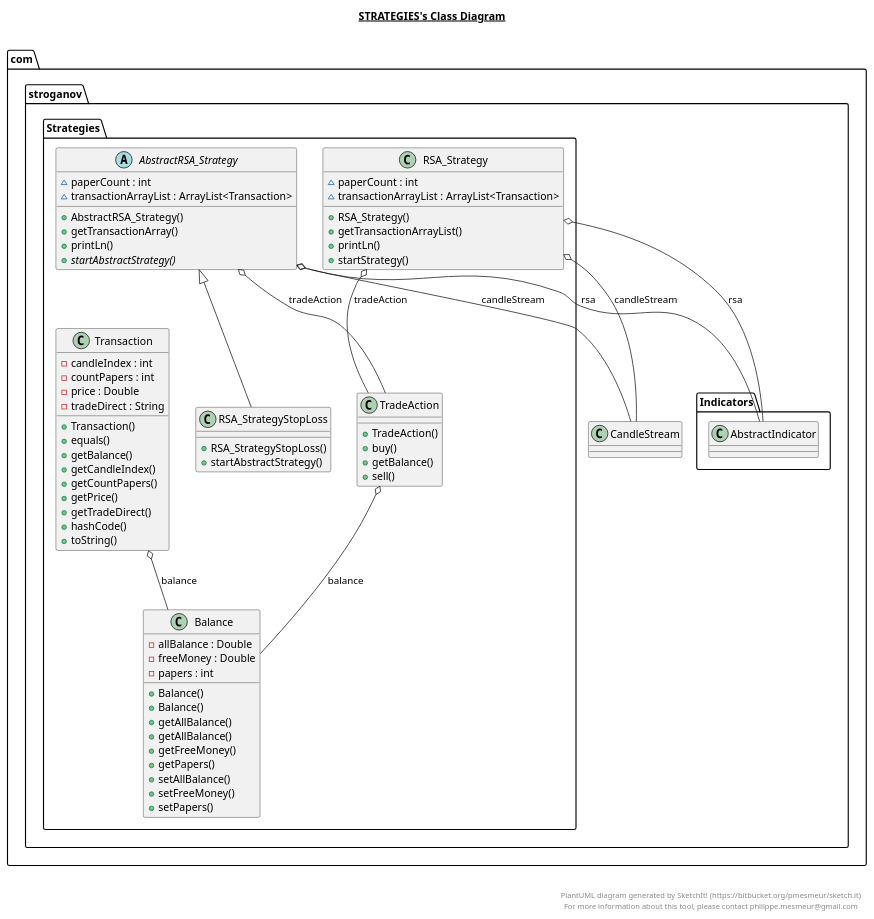
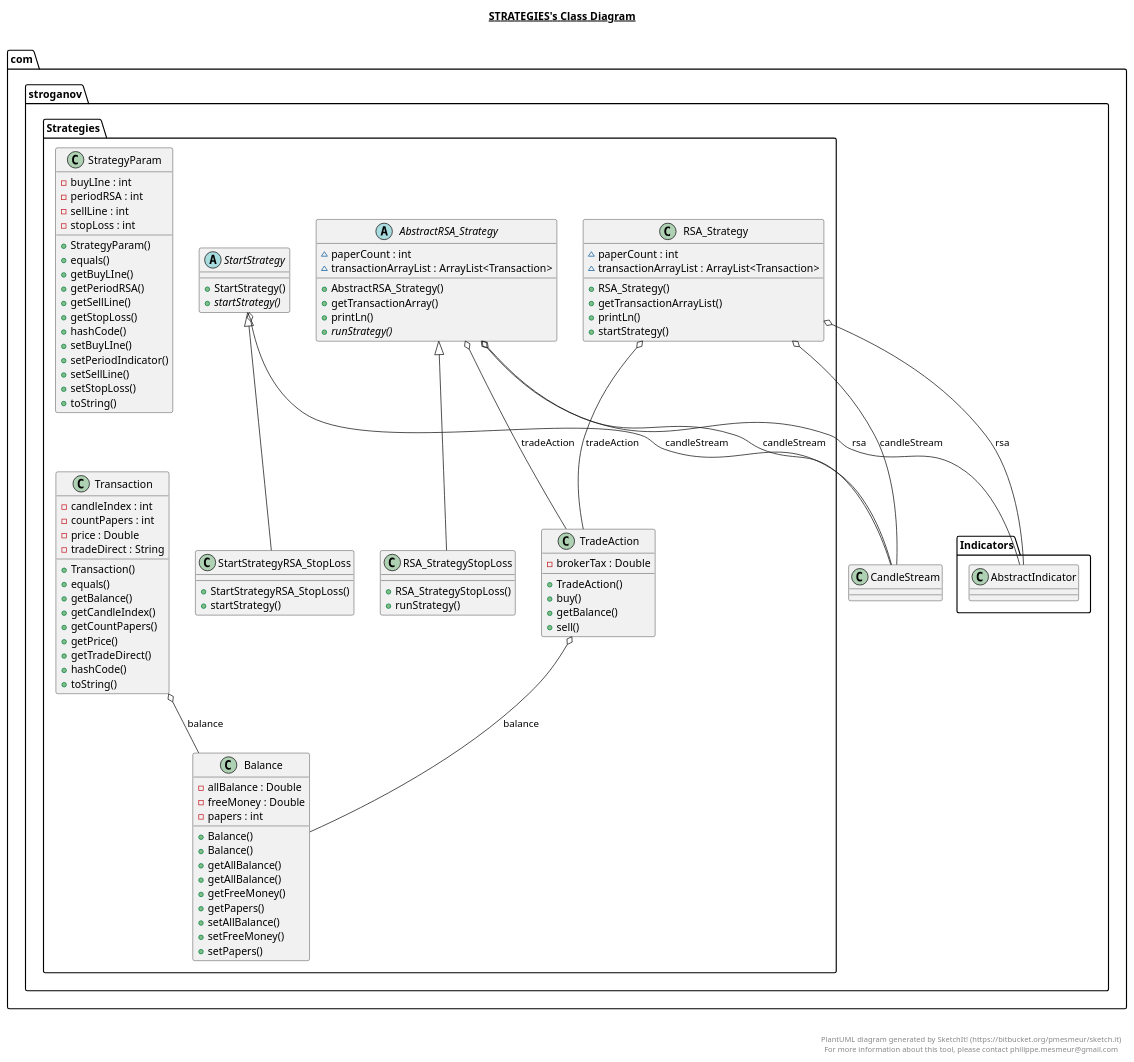
The diagram in src/main/java/com/stroganov/Strategies/Strategies.plantuml (SergeyStroganoff/TradeRobot), drawn with PlantUML before and after one commit. The commit also changed 10 other files, not shown here.

```diff
--- a/src/main/java/com/stroganov/Strategies/Strategies.plantuml
+++ b/src/main/java/com/stroganov/Strategies/Strategies.plantuml
@@ -1,114 +1,161 @@
 @startuml
 
 title __STRATEGIES's Class Diagram__\n
 
   namespace com.stroganov {
     namespace Strategies {
       abstract class com.stroganov.Strategies.AbstractRSA_Strategy {
           ~ paperCount : int
           ~ transactionArrayList : ArrayList<Transaction>
           + AbstractRSA_Strategy()
           + getTransactionArray()
           + printLn()
-          {abstract} + startAbstractStrategy()
+          {abstract} + runStrategy()
       }
     }
   }
   
 
   namespace com.stroganov {
     namespace Strategies {
       class com.stroganov.Strategies.Balance {
           - allBalance : Double
           - freeMoney : Double
           - papers : int
           + Balance()
           + Balance()
           + getAllBalance()
           + getAllBalance()
           + getFreeMoney()
           + getPapers()
           + setAllBalance()
           + setFreeMoney()
           + setPapers()
       }
     }
   }
   
 
   namespace com.stroganov {
     namespace Strategies {
       class com.stroganov.Strategies.RSA_Strategy {
           ~ paperCount : int
           ~ transactionArrayList : ArrayList<Transaction>
           + RSA_Strategy()
           + getTransactionArrayList()
           + printLn()
           + startStrategy()
       }
     }
   }
   
 
   namespace com.stroganov {
     namespace Strategies {
       class com.stroganov.Strategies.RSA_StrategyStopLoss {
           + RSA_StrategyStopLoss()
-          + startAbstractStrategy()
+          + runStrategy()
+      }
+    }
+  }
+  
+
+  namespace com.stroganov {
+    namespace Strategies {
+      abstract class com.stroganov.Strategies.StartStrategy {
+          + StartStrategy()
+          {abstract} + startStrategy()
+      }
+    }
+  }
+  
+
+  namespace com.stroganov {
+    namespace Strategies {
+      class com.stroganov.Strategies.StartStrategyRSA_StopLoss {
+          + StartStrategyRSA_StopLoss()
+          + startStrategy()
+      }
+    }
+  }
+  
+
+  namespace com.stroganov {
+    namespace Strategies {
+      class com.stroganov.Strategies.StrategyParam {
+          - buyLIne : int
+          - periodRSA : int
+          - sellLine : int
+          - stopLoss : int
+          + StrategyParam()
+          + equals()
+          + getBuyLIne()
+          + getPeriodRSA()
+          + getSellLine()
+          + getStopLoss()
+          + hashCode()
+          + setBuyLIne()
+          + setPeriodIndicator()
+          + setSellLine()
+          + setStopLoss()
+          + toString()
       }
     }
   }
   
 
   namespace com.stroganov {
     namespace Strategies {
       class com.stroganov.Strategies.TradeAction {
+          - brokerTax : Double
           + TradeAction()
           + buy()
           + getBalance()
           + sell()
       }
     }
   }
   
 
   namespace com.stroganov {
     namespace Strategies {
       class com.stroganov.Strategies.Transaction {
           - candleIndex : int
           - countPapers : int
           - price : Double
           - tradeDirect : String
           + Transaction()
           + equals()
           + getBalance()
           + getCandleIndex()
           + getCountPapers()
           + getPrice()
           + getTradeDirect()
           + hashCode()
           + toString()
       }
     }
   }
   
 
   com.stroganov.Strategies.AbstractRSA_Strategy o-- com.stroganov.CandleStream : candleStream
   com.stroganov.Strategies.AbstractRSA_Strategy o-- com.stroganov.Indicators.AbstractIndicator : rsa
   com.stroganov.Strategies.AbstractRSA_Strategy o-- com.stroganov.Strategies.TradeAction : tradeAction
   com.stroganov.Strategies.RSA_Strategy o-- com.stroganov.CandleStream : candleStream
   com.stroganov.Strategies.RSA_Strategy o-- com.stroganov.Indicators.AbstractIndicator : rsa
   com.stroganov.Strategies.RSA_Strategy o-- com.stroganov.Strategies.TradeAction : tradeAction
   com.stroganov.Strategies.RSA_StrategyStopLoss -up-|> com.stroganov.Strategies.AbstractRSA_Strategy
+  com.stroganov.Strategies.StartStrategy o-- com.stroganov.CandleStream : candleStream
+  com.stroganov.Strategies.StartStrategyRSA_StopLoss -up-|> com.stroganov.Strategies.StartStrategy
   com.stroganov.Strategies.TradeAction o-- com.stroganov.Strategies.Balance : balance
   com.stroganov.Strategies.Transaction o-- com.stroganov.Strategies.Balance : balance
 
 
 right footer
 
 
 PlantUML diagram generated by SketchIt! (https://bitbucket.org/pmesmeur/sketch.it)
 For more information about this tool, please contact philippe.mesmeur@gmail.com
 endfooter
 
 @enduml
```
